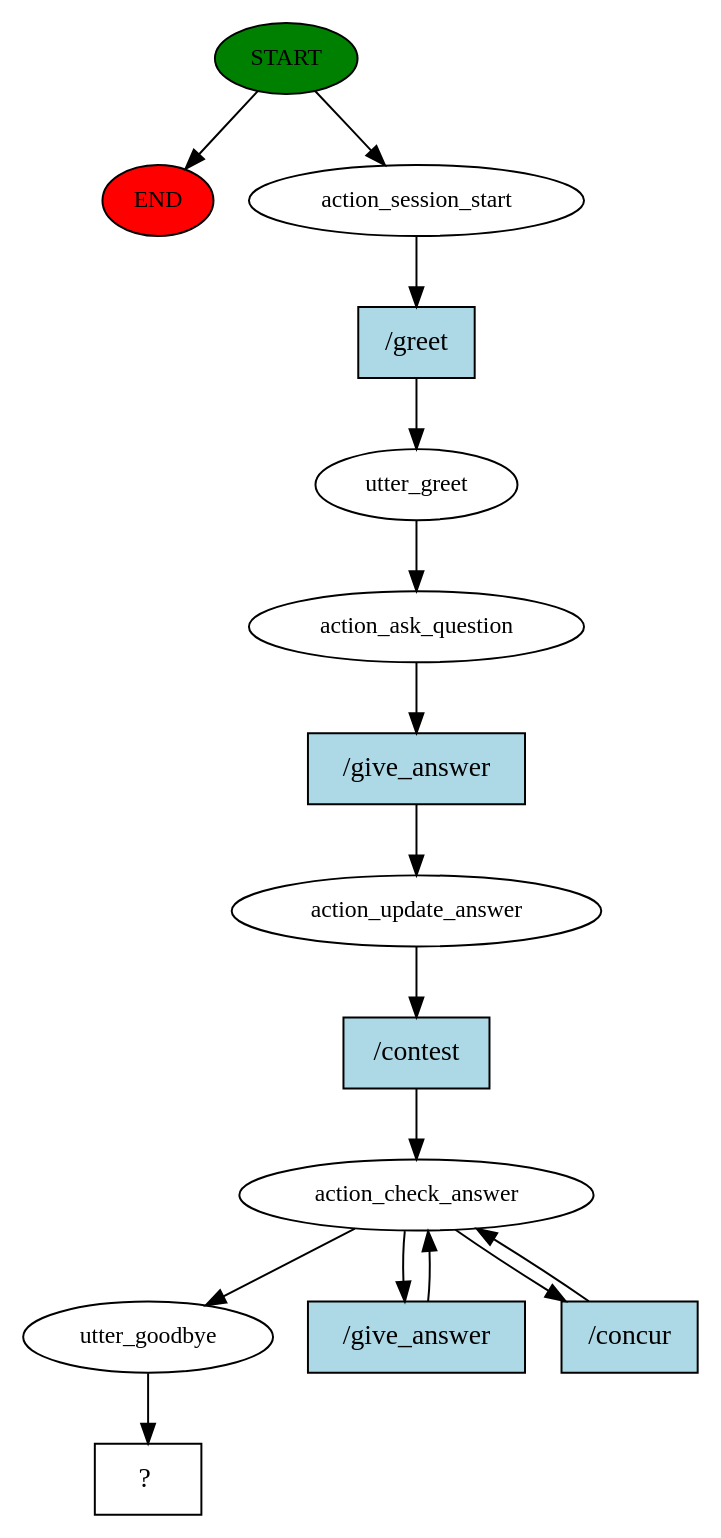
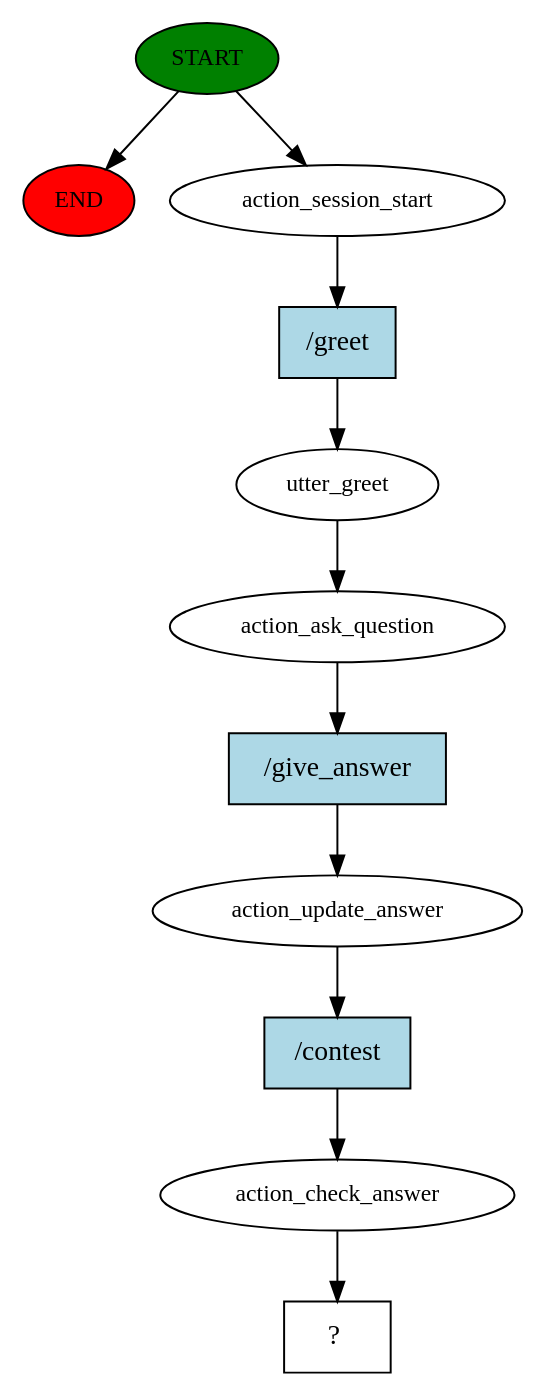
Before and after one commit to ddenley/Multi-Person-Quiz: the diagram in nlu_test/story_graph.dot, drawn with Graphviz. The commit also changed 1080 other files, not shown here.

```diff
--- a/nlu_test/story_graph.dot
+++ b/nlu_test/story_graph.dot
@@ -1,31 +1,23 @@
 digraph  {
 0 [class="start active", fillcolor=green, fontsize=12, label=START, style=filled];
 "-1" [class=end, fillcolor=red, fontsize=12, label=END, style=filled];
 1 [class=active, fontsize=12, label=action_session_start];
 2 [class=active, fontsize=12, label=utter_greet];
 3 [class=active, fontsize=12, label=action_ask_question];
 4 [class=active, fontsize=12, label=action_update_answer];
 5 [class=active, fontsize=12, label=action_check_answer];
-8 [class=active, fontsize=12, label=utter_goodbye];
-9 [class="intent dashed active", label="  ?  ", shape=rect];
-10 [class="intent active", fillcolor=lightblue, label="/greet", shape=rect, style=filled];
-11 [class="intent active", fillcolor=lightblue, label="/give_answer", shape=rect, style=filled];
-12 [class="intent active", fillcolor=lightblue, label="/contest", shape=rect, style=filled];
-13 [class="intent active", fillcolor=lightblue, label="/give_answer", shape=rect, style=filled];
-14 [class="intent active", fillcolor=lightblue, label="/concur", shape=rect, style=filled];
+6 [class="intent dashed active", label="  ?  ", shape=rect];
+7 [class="intent active", fillcolor=lightblue, label="/greet", shape=rect, style=filled];
+8 [class="intent active", fillcolor=lightblue, label="/give_answer", shape=rect, style=filled];
+9 [class="intent active", fillcolor=lightblue, label="/contest", shape=rect, style=filled];
 0 -> "-1"  [class="", key=NONE, label=""];
 0 -> 1  [class=active, key=NONE, label=""];
-1 -> 10  [class=active, key=0];
+1 -> 7  [class=active, key=0];
 2 -> 3  [class=active, key=NONE, label=""];
-3 -> 11  [class=active, key=0];
-4 -> 12  [class=active, key=0];
-5 -> 8  [class=active, key=NONE, label=""];
-5 -> 13  [class=active, key=0];
-5 -> 14  [class=active, key=0];
-8 -> 9  [class=active, key=NONE, label=""];
-10 -> 2  [class=active, key=0];
-11 -> 4  [class=active, key=0];
-12 -> 5  [class=active, key=0];
-13 -> 5  [class=active, key=0];
-14 -> 5  [class=active, key=0];
+3 -> 8  [class=active, key=0];
+4 -> 9  [class=active, key=0];
+5 -> 6  [class=active, key=NONE, label=""];
+7 -> 2  [class=active, key=0];
+8 -> 4  [class=active, key=0];
+9 -> 5  [class=active, key=0];
 }
```
